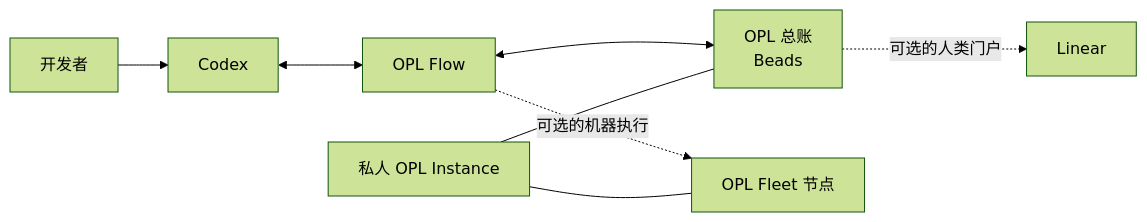
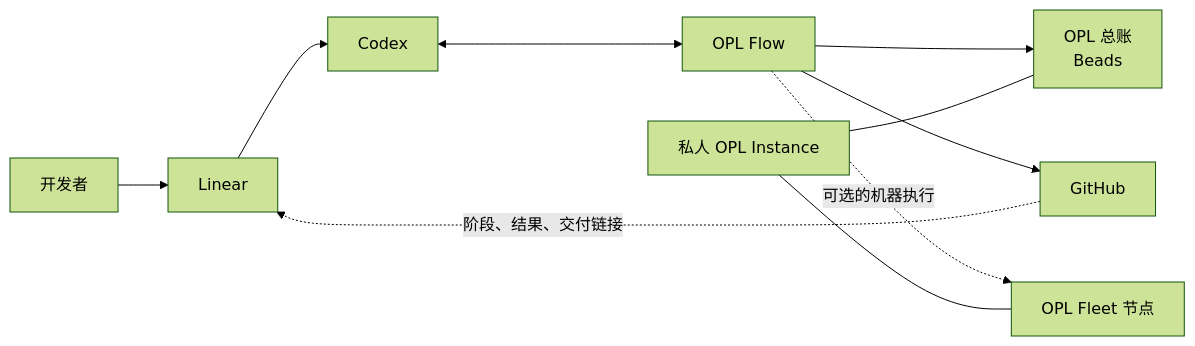
The diagram in README.zh-CN.md (gaofeng21cn/opl-flow), drawn with Mermaid (forest theme) before and after one commit. The commit also changed other lines of this file and 3 other files, not shown here.

Commit message:
docs: align Flow diagram with Linear Codex intake

````diff
--- a/README.zh-CN.md
+++ b/README.zh-CN.md
@@ -41,10 +41,12 @@
 ```mermaid
 flowchart LR
-    U[开发者] --> C[Codex]
+    U[开发者] --> L[Linear]
+    L --> C[Codex]
     C <--> F[OPL Flow]
-    F <--> B[OPL 总账<br/>Beads]
-    B -. 可选的人类门户 .-> L[Linear]
+    F --> B[OPL 总账<br/>Beads]
+    F --> G[GitHub]
     F -. 可选的机器执行 .-> N[OPL Fleet 节点]
+    G -. 阶段、结果、交付链接 .-> L
     I[私人 OPL Instance] --- B
     I --- N
 ```
````
